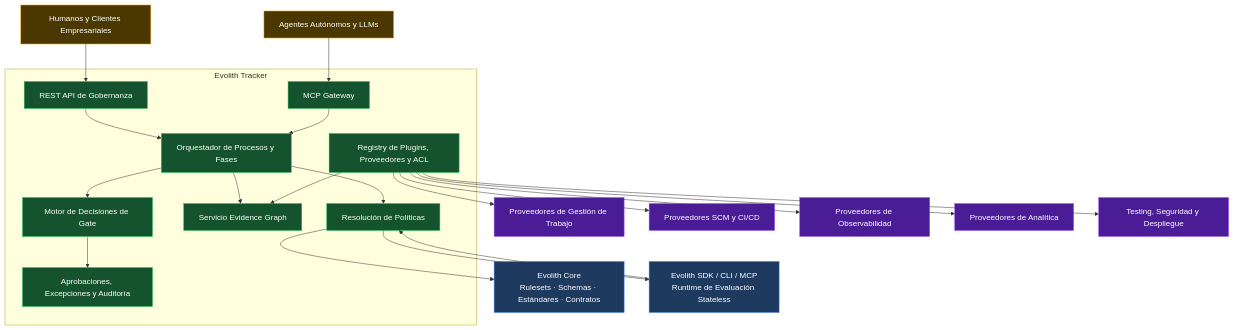
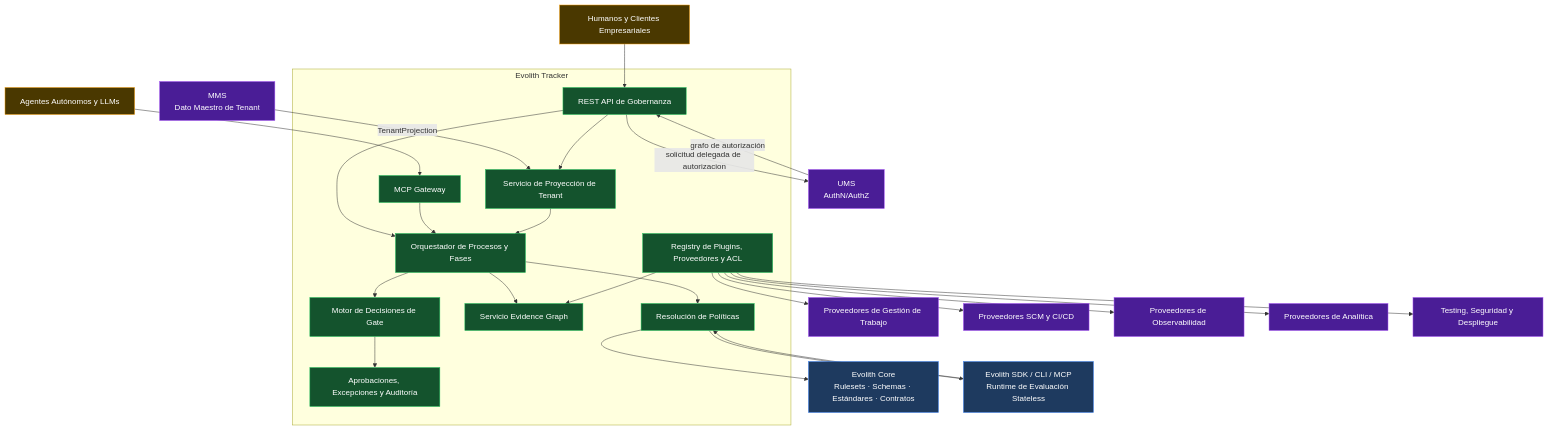
The first of 4 diagrams in product/products/evolith-tracker/sdlc-tracker-technical-interfaces.es.md (beyondnetcode/evolith_arch32), drawn with Mermaid before and after one commit. The commit also changed other lines of this file and 5 other files, not shown here.

````diff
--- a/product/products/evolith-tracker/sdlc-tracker-technical-interfaces.es.md
+++ b/product/products/evolith-tracker/sdlc-tracker-technical-interfaces.es.md
@@ -39,50 +45,58 @@
 ```mermaid
 flowchart TB
     classDef tracker fill:#14532d,stroke:#22c55e,color:#fff
     classDef core fill:#1e3a5f,stroke:#3b82f6,color:#fff
     classDef provider fill:#4a1d96,stroke:#a855f7,color:#fff
     classDef actor fill:#4a3800,stroke:#f59e0b,color:#fff
 
     HUMAN["Humanos y Clientes Empresariales"]:::actor
     AGENT["Agentes Autónomos y LLMs"]:::actor
+    MMS["MMS\nDato Maestro de Tenant"]:::provider
+    UMS["UMS\nAuthN/AuthZ"]:::provider
 
     subgraph TRACKER["Evolith Tracker"]
         API["REST API de Gobernanza"]:::tracker
         MCPGW["MCP Gateway"]:::tracker
+        TENANT["Servicio de Proyección de Tenant"]:::tracker
         ORCH["Orquestador de Procesos y Fases"]:::tracker
         DECISION["Motor de Decisiones de Gate"]:::tracker
         EVIDENCE["Servicio Evidence Graph"]:::tracker
         POLICY["Resolución de Políticas"]:::tracker
         PROVIDERS["Registry de Plugins, Proveedores y ACL"]:::tracker
         AUDIT["Aprobaciones, Excepciones y Auditoría"]:::tracker
     end
 
     CORE["Evolith Core\nRulesets · Schemas · Estándares · Contratos"]:::core
     EVALUATOR["Evolith SDK / CLI / MCP\nRuntime de Evaluación Stateless"]:::core
 
     WORK["Proveedores de Gestión de Trabajo"]:::provider
     SCM["Proveedores SCM y CI/CD"]:::provider
     OBS["Proveedores de Observabilidad"]:::provider
     BI["Proveedores de Analítica"]:::provider
     QA["Testing, Seguridad y Despliegue"]:::provider
 
     HUMAN --> API
     AGENT --> MCPGW
+    MMS -->|TenantProjection| TENANT
+    API -->|solicitud delegada de autorizacion| UMS
+    UMS -->|grafo de autorización| API
     API --> ORCH
     MCPGW --> ORCH
+    API --> TENANT
+    TENANT --> ORCH
     ORCH --> POLICY
     ORCH --> EVIDENCE
     ORCH --> DECISION
     DECISION --> AUDIT
 
     POLICY --> CORE
     POLICY --> EVALUATOR
     EVALUATOR --> POLICY
 
     PROVIDERS --> WORK
     PROVIDERS --> SCM
     PROVIDERS --> OBS
     PROVIDERS --> BI
     PROVIDERS --> QA
     PROVIDERS --> EVIDENCE
 ```
````
